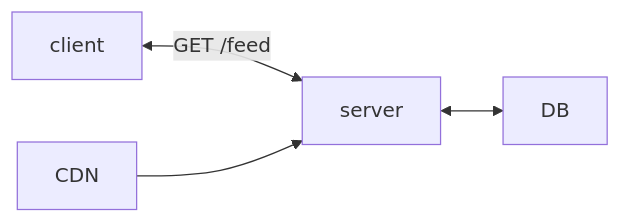
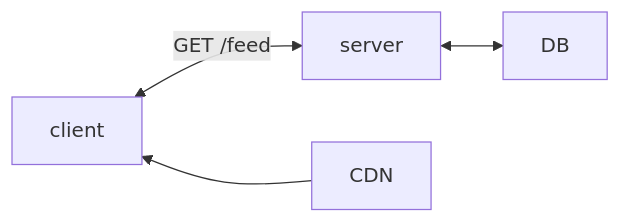
One commit to Chitlangia-Vedant/Obsidian changed the eighth of 8 diagrams in System Design/System Design(Case Study)/02. Read Heavy System/03. Design Instagram.md. Above: the diagram before and after it, drawn with Mermaid. The commit also changed other lines of this file, not shown here.

Commit message:
vault backup: 2026-11-07 10:00:55

````diff
--- a/System Design/System Design(Case Study)/02. Read Heavy System/03. Design Instagram.md
+++ b/System Design/System Design(Case Study)/02. Read Heavy System/03. Design Instagram.md
@@ -97,6 +97,7 @@
 ```mermaid
 graph LR
 client <-->|GET /feed| server
-CDN --> server
+client ~~~ CDN
+CDN --> client
 server <--> DB
 ```
````
